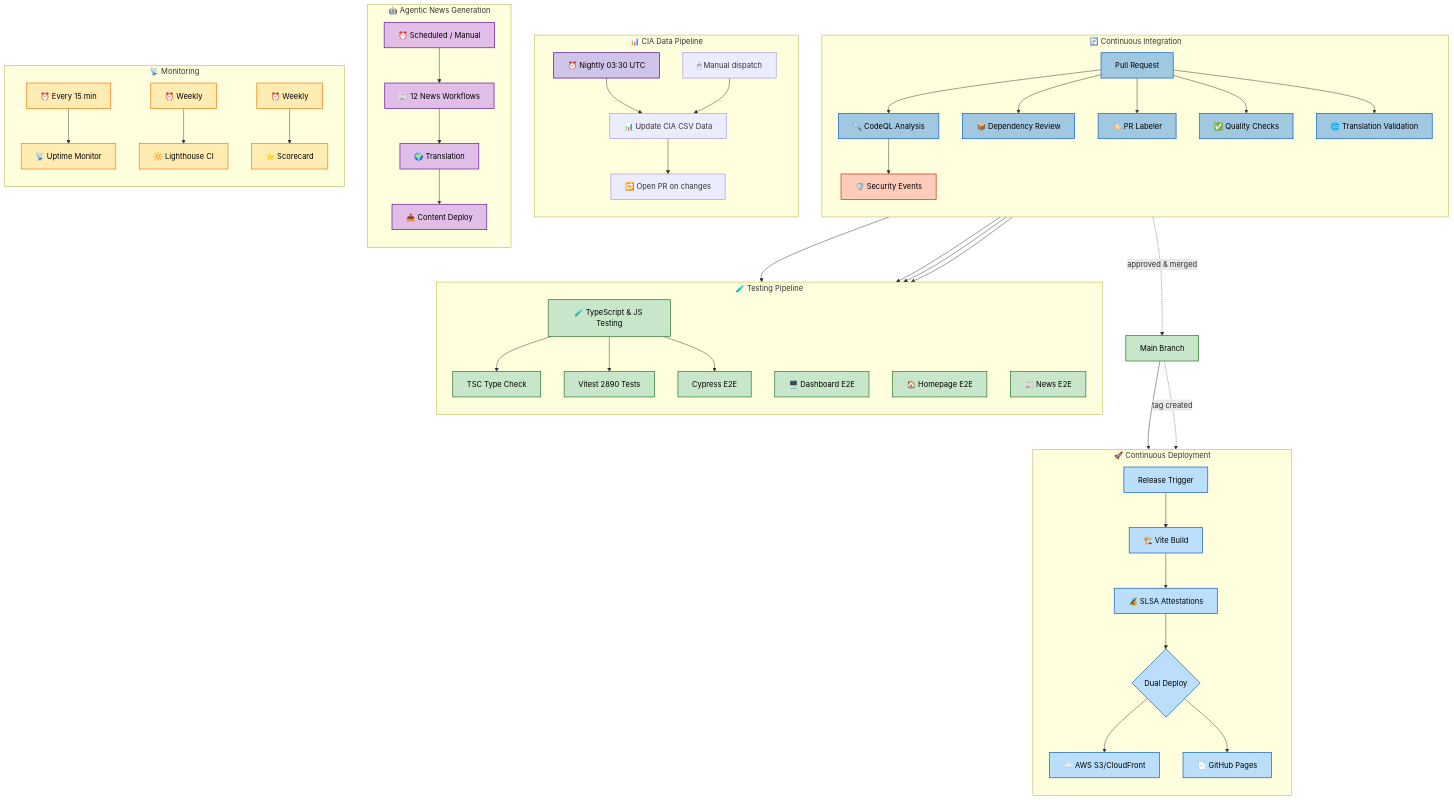
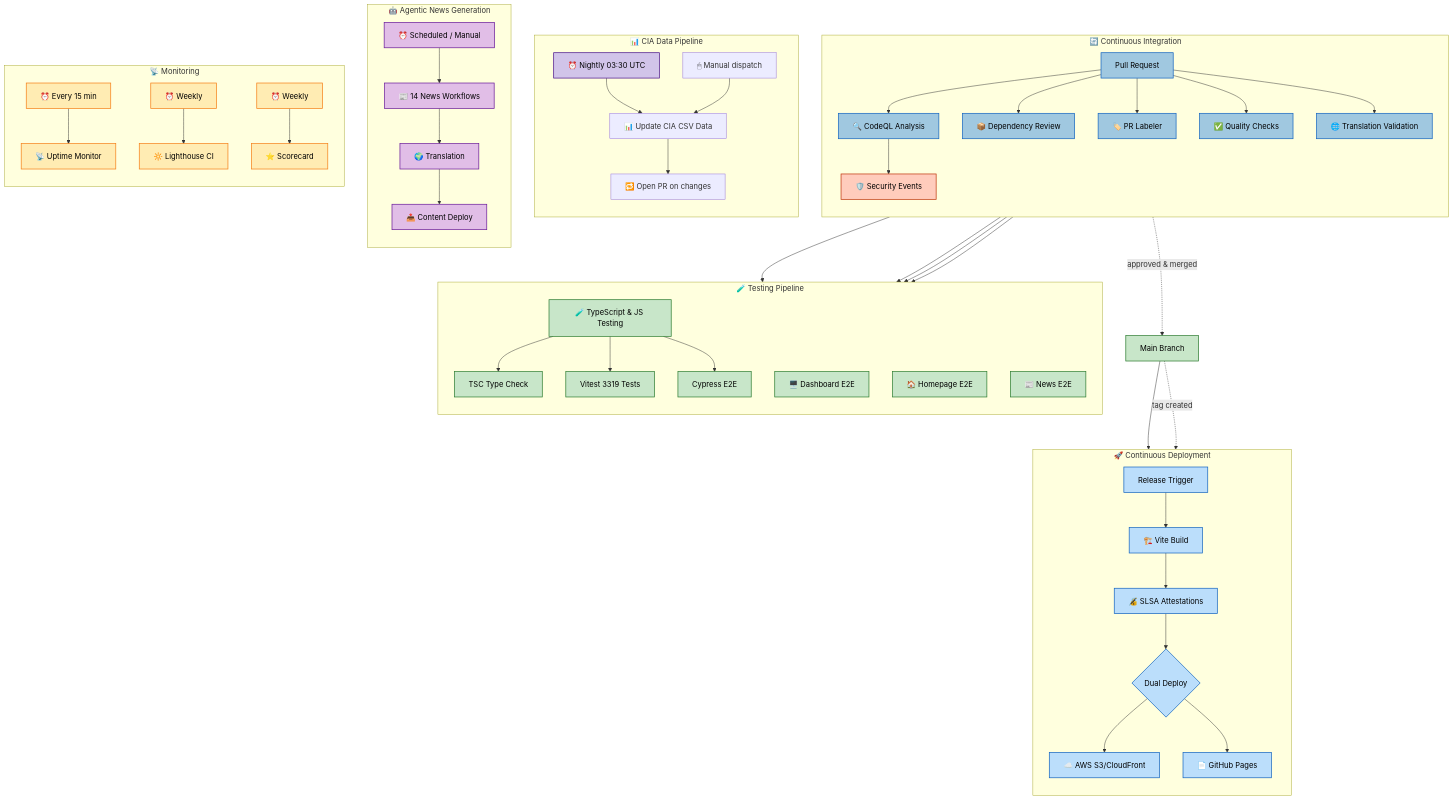
The fourth of 20 diagrams in WORKFLOWS.md (Hack23/riksdagsmonitor), drawn with Mermaid before and after one commit. The commit also changed other lines of this file and 3 other files, not shown here.

````diff
--- a/WORKFLOWS.md
+++ b/WORKFLOWS.md
@@ -358,75 +362,75 @@
 ```mermaid
 flowchart TB
     subgraph "🔄 Continuous Integration"
         direction TB
         PR[Pull Request] --> CodeQLScan[🔍 CodeQL Analysis]
         PR --> DependencyReview[📦 Dependency Review]
         PR --> Labeler[🏷️ PR Labeler]
         PR --> QualityChecks[✅ Quality Checks]
         PR --> TranslationVal[🌐 Translation Validation]
         CodeQLScan --> SecurityEvents[🛡️ Security Events]
     end
 
     subgraph "🧪 Testing Pipeline"
         direction TB
         PR --> UnitTests[🧪 TypeScript & JS Testing]
         UnitTests --> TypeCheck[TSC Type Check]
-        UnitTests --> Vitest[Vitest 2890 Tests]
+        UnitTests --> Vitest[Vitest 3319 Tests]
         UnitTests --> CypressE2E[Cypress E2E]
         PR --> DashboardE2E[🖥️ Dashboard E2E]
         PR --> HomepageE2E[🏠 Homepage E2E]
         PR --> NewsE2E[📰 News E2E]
     end
 
     subgraph "📊 CIA Data Pipeline"
         direction TB
         Schedule1[⏰ Nightly 03:30 UTC] --> CIACsv[📊 Update CIA CSV Data]
         ManualTrig[🖱 Manual dispatch] --> CIACsv
         CIACsv --> CIAPR[🔁 Open PR on changes]
     end
 
     subgraph "🚀 Continuous Deployment"
         direction TB
         Release[Release Trigger] --> Build[🏗️ Vite Build]
         Build --> Attestations[🔏 SLSA Attestations]
         Attestations --> DualDeploy{Dual Deploy}
         DualDeploy --> S3Deploy[☁️ AWS S3/CloudFront]
         DualDeploy --> GHPages[📄 GitHub Pages]
     end
 
     subgraph "🤖 Agentic News Generation"
         direction TB
-        AgenticTrigger[⏰ Scheduled / Manual] --> NewsGen[📰 12 News Workflows]
+        AgenticTrigger[⏰ Scheduled / Manual] --> NewsGen[📰 14 News Workflows]
         NewsGen --> Translate[🌍 Translation]
         Translate --> ContentDeploy[📤 Content Deploy]
     end
 
     subgraph "📡 Monitoring"
         direction TB
         Cron15[⏰ Every 15 min] --> Uptime[📡 Uptime Monitor]
         WeeklyLH[⏰ Weekly] --> Lighthouse[🔆 Lighthouse CI]
         WeeklyScore[⏰ Weekly] --> Scorecard[⭐ Scorecard]
     end
 
     PR -.-> |"approved & merged"| main[Main Branch]
     main --> S3Deploy
     main -.-> |"tag created"| Release
 
     classDef integration fill:#a0c8e0,stroke:#1565c0,stroke-width:1.5px,color:black
     classDef testing fill:#c8e6c9,stroke:#2e7d32,stroke-width:1.5px,color:black
     classDef deployment fill:#bbdefb,stroke:#1565c0,stroke-width:1.5px,color:black
     classDef security fill:#ffccbc,stroke:#bf360c,stroke-width:1.5px,color:black
     classDef datapipeline fill:#d1c4e9,stroke:#4a148c,stroke-width:1.5px,color:black
     classDef agentic fill:#e1bee7,stroke:#6a1b9a,stroke-width:1.5px,color:black
     classDef monitoring fill:#ffecb3,stroke:#f57f17,stroke-width:1.5px,color:black
     classDef process fill:#c8e6c9,stroke:#2e7d32,stroke-width:1.5px,color:black
 
     class PR,CodeQLScan,DependencyReview,Labeler,QualityChecks,TranslationVal integration
     class UnitTests,TypeCheck,Vitest,CypressE2E,DashboardE2E,HomepageE2E,NewsE2E testing
     class Release,Build,Attestations,DualDeploy,S3Deploy,GHPages deployment
     class SecurityEvents security
     class Schedule1,Schedule2,CIAStats,SchemaCheck,DataValidation,SchemaSync datapipeline
     class AgenticTrigger,NewsGen,Translate,ContentDeploy agentic
     class Cron15,WeeklyLH,WeeklyScore,Uptime,Lighthouse,Scorecard monitoring
     class main process
 ```
````
